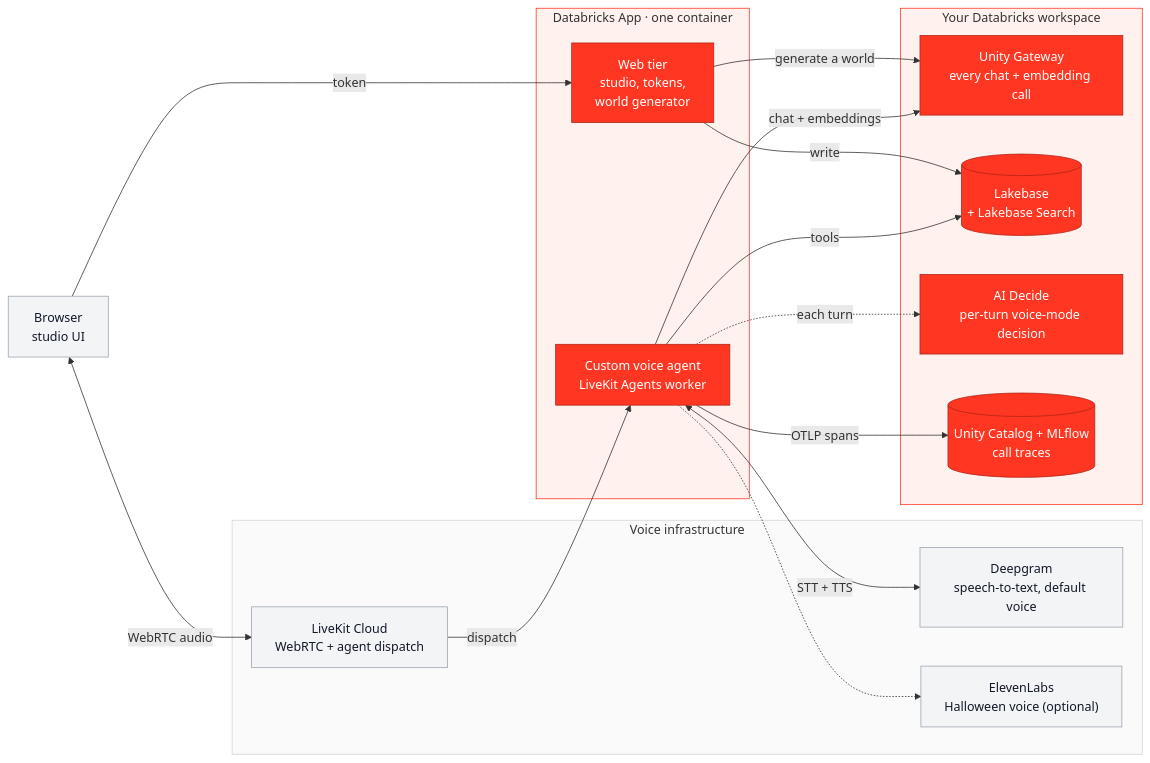
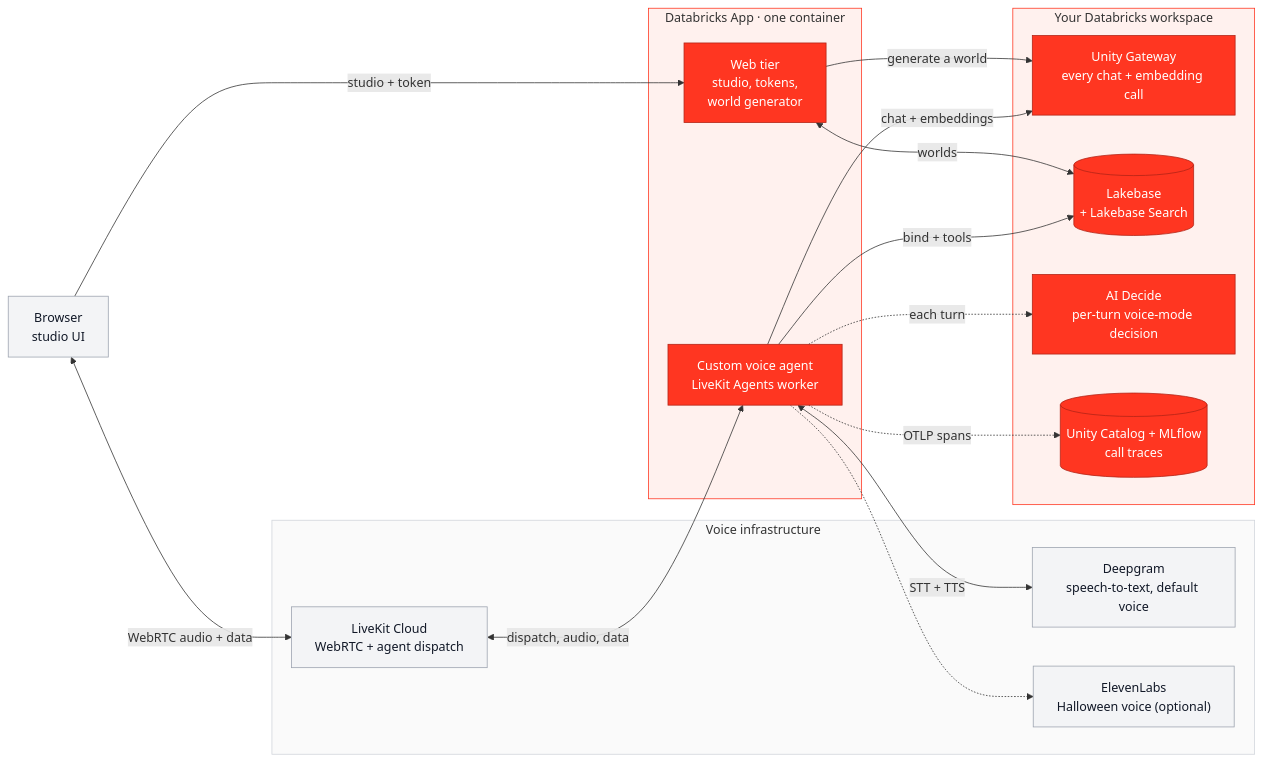
One commit to datasciencemonkey/DIVA changed the diagram in README.md. Above: the diagram before and after it, drawn with Mermaid. The commit also changed other lines of this file and 5 other files, not shown here.

````diff
--- a/README.md
+++ b/README.md
@@ -43,42 +43,42 @@
 ```mermaid
 flowchart LR
     B["Browser<br/>studio UI"]
 
     subgraph EXT["Voice infrastructure"]
         LK["LiveKit Cloud<br/>WebRTC + agent dispatch"]
         DG["Deepgram<br/>speech-to-text, default voice"]
         EL["ElevenLabs<br/>Halloween voice (optional)"]
     end
 
     subgraph APP["Databricks App · one container"]
         W["Web tier<br/>studio, tokens,<br/>world generator"]
         A["Custom voice agent<br/>LiveKit Agents worker"]
     end
 
     subgraph WS["Your Databricks workspace"]
         UG["Unity Gateway<br/>every chat + embedding call"]
         LB[("Lakebase<br/>+ Lakebase Search")]
         AD["AI Decide<br/>per-turn voice-mode decision"]
         ML[("Unity Catalog + MLflow<br/>call traces")]
     end
 
-    B -->|"token"| W
-    B <-->|"WebRTC audio"| LK
-    LK -->|"dispatch"| A
+    B -->|"studio + token"| W
+    B <-->|"WebRTC audio + data"| LK
+    LK <-->|"dispatch, audio, data"| A
     A <-->|"STT + TTS"| DG
     A -.-> EL
     A -->|"chat + embeddings"| UG
-    A -->|"tools"| LB
+    A -->|"bind + tools"| LB
     A -.->|"each turn"| AD
-    A -->|"OTLP spans"| ML
+    A -.->|"OTLP spans"| ML
     W -->|"generate a world"| UG
-    W -->|"write"| LB
+    W <-->|"worlds"| LB
 
     classDef dbx fill:#FF3621,stroke:#B22416,color:#ffffff
     classDef ext fill:#F3F4F6,stroke:#9CA3AF,color:#111827
     class W,A,UG,LB,AD,ML dbx
     class B,LK,DG,EL ext
     style APP fill:#FFF1EE,stroke:#FF3621
     style WS fill:#FFF1EE,stroke:#FF3621
     style EXT fill:#FAFAFA,stroke:#D1D5DB
 ```
````
